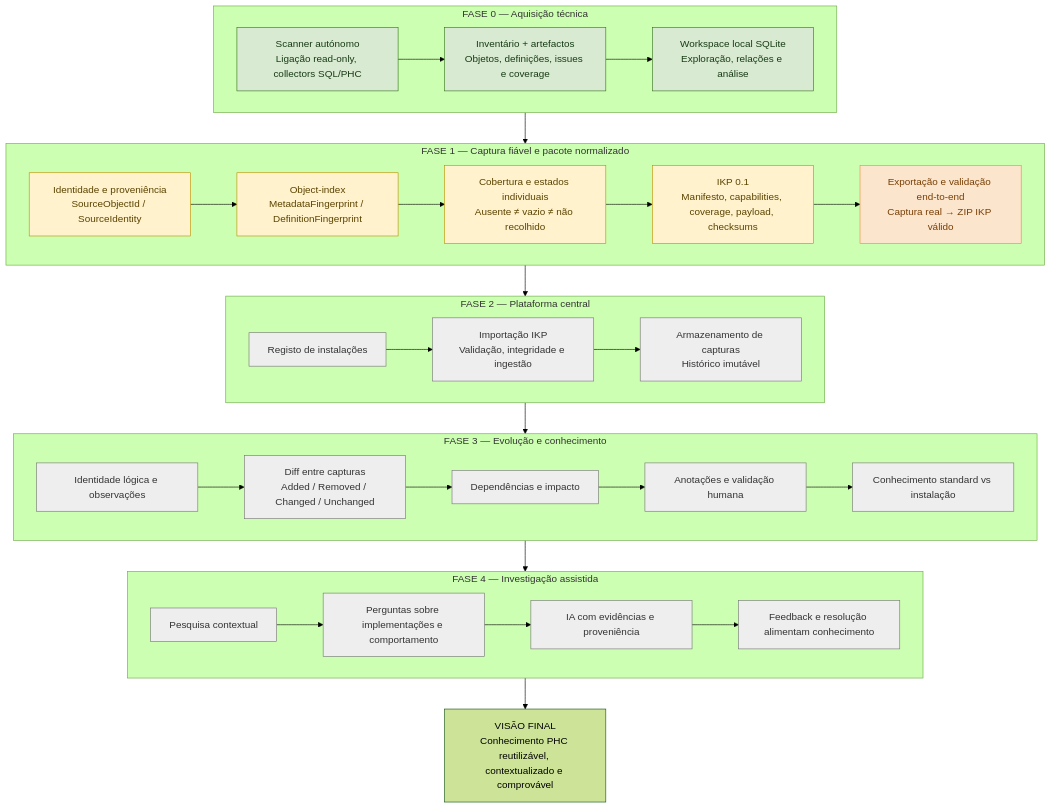
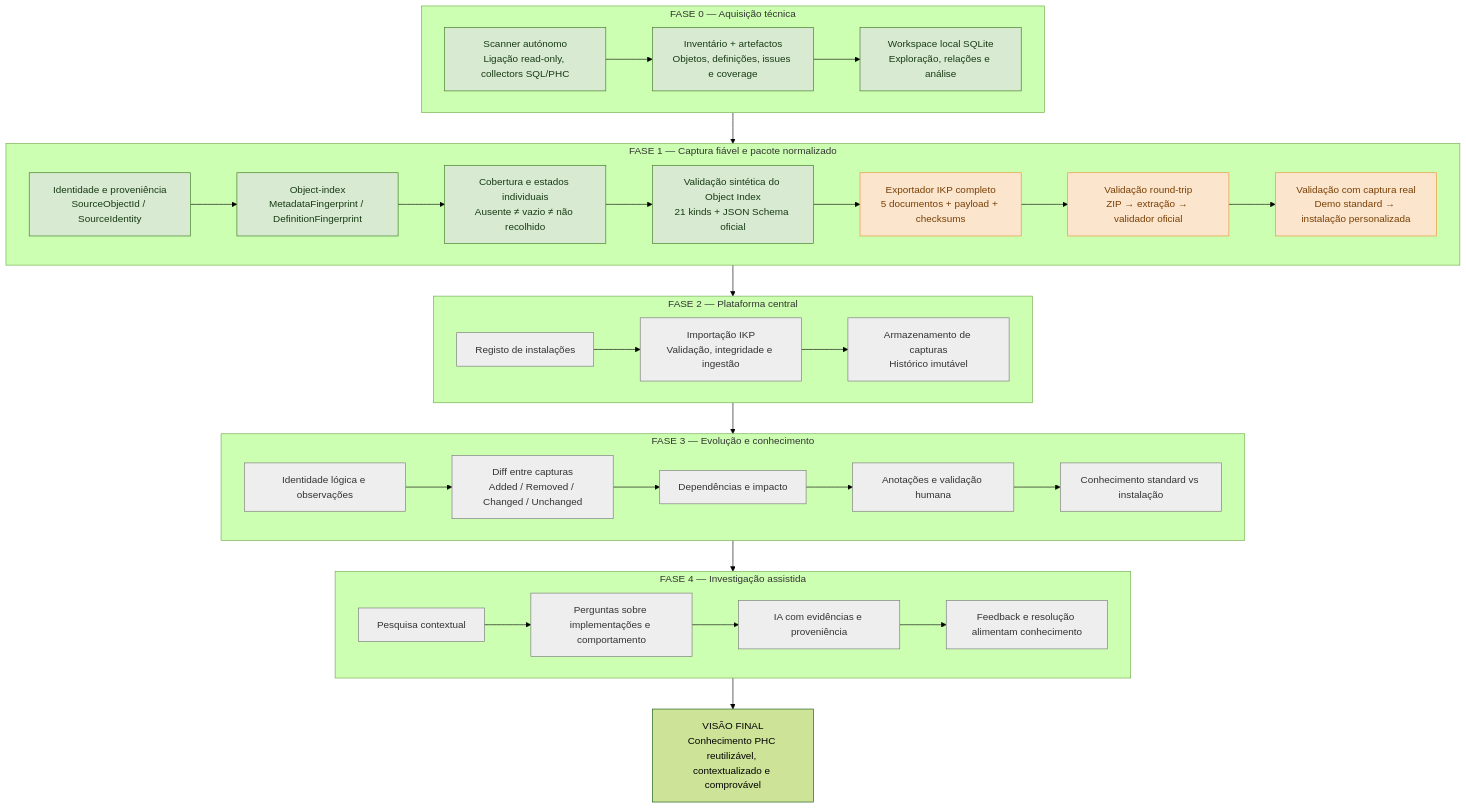
The diagram in docs/architecture/roadmap-visual-phc-knowledge-2026-11-06.md (Jhouinho/PhcKnowledge), drawn with Mermaid (forest theme) before and after one commit. The commit also changed other lines of this file, not shown here.

Commit message:
docs(roadmap): update phase 1 status and IKP export milestones

````diff
--- a/docs/architecture/roadmap-visual-phc-knowledge-2026-11-06.md
+++ b/docs/architecture/roadmap-visual-phc-knowledge-2026-11-06.md
@@ -29,60 +29,62 @@
 ```mermaid
 flowchart TB
     V["VISÃO FINAL<br/>Conhecimento PHC reutilizável, contextualizado e comprovável"]
 
     subgraph P0["FASE 0 — Aquisição técnica"]
       A1["Scanner autónomo<br/>Ligação read-only, collectors SQL/PHC"]
       A2["Inventário + artefactos<br/>Objetos, definições, issues e coverage"]
       A3["Workspace local SQLite<br/>Exploração, relações e análise"]
       A1 --> A2 --> A3
     end
 
     subgraph P1["FASE 1 — Captura fiável e pacote normalizado"]
       B1["Identidade e proveniência<br/>SourceObjectId / SourceIdentity"]
       B2["Object-index<br/>MetadataFingerprint / DefinitionFingerprint"]
       B3["Cobertura e estados individuais<br/>Ausente ≠ vazio ≠ não recolhido"]
-      B4["IKP 0.1<br/>Manifesto, capabilities, coverage, payload, checksums"]
-      B5["Exportação e validação end-to-end<br/>Captura real → ZIP IKP válido"]
+      B4["Validação sintética do Object Index<br/>21 kinds + JSON Schema oficial"]
+      B5["Exportador IKP completo<br/>5 documentos + payload + checksums"]
+      B6["Validação round-trip<br/>ZIP → extração → validador oficial"]
+      B7["Validação com captura real<br/>Demo standard → instalação personalizada"]
       B1 --> B2
       B2 --> B3
-      B3 --> B4 --> B5
+      B3 --> B4 --> B5 --> B6 --> B7
     end
 
     subgraph P2["FASE 2 — Plataforma central"]
       C1["Registo de instalações"]
       C2["Importação IKP<br/>Validação, integridade e ingestão"]
       C3["Armazenamento de capturas<br/>Histórico imutável"]
       C1 --> C2 --> C3
     end
 
     subgraph P3["FASE 3 — Evolução e conhecimento"]
       D1["Identidade lógica e observações"]
       D2["Diff entre capturas<br/>Added / Removed / Changed / Unchanged"]
       D3["Dependências e impacto"]
       D4["Anotações e validação humana"]
       D5["Conhecimento standard vs instalação"]
       D1 --> D2 --> D3
       D3 --> D4 --> D5
     end
 
     subgraph P4["FASE 4 — Investigação assistida"]
       E1["Pesquisa contextual"]
       E2["Perguntas sobre implementações e comportamento"]
       E3["IA com evidências e proveniência"]
       E4["Feedback e resolução alimentam conhecimento"]
       E1 --> E2 --> E3 --> E4
     end
 
     V
     P0 --> P1 --> P2 --> P3 --> P4 --> V
 
     classDef done fill:#d9ead3,stroke:#38761d,color:#173b13
     classDef progress fill:#fff2cc,stroke:#bf9000,color:#5b4300
     classDef pending fill:#eeeeee,stroke:#777,color:#333
     classDef validation fill:#fce5cd,stroke:#e69138,color:#783f04
 
     class A1,A2,A3 done
-    class B1,B2,B3,B4 progress
-    class B5 validation
+    class B1,B2,B3,B4 done
+    class B5,B6,B7 validation
     class C1,C2,C3,D1,D2,D3,D4,D5,E1,E2,E3,E4 pending
 ```
````
